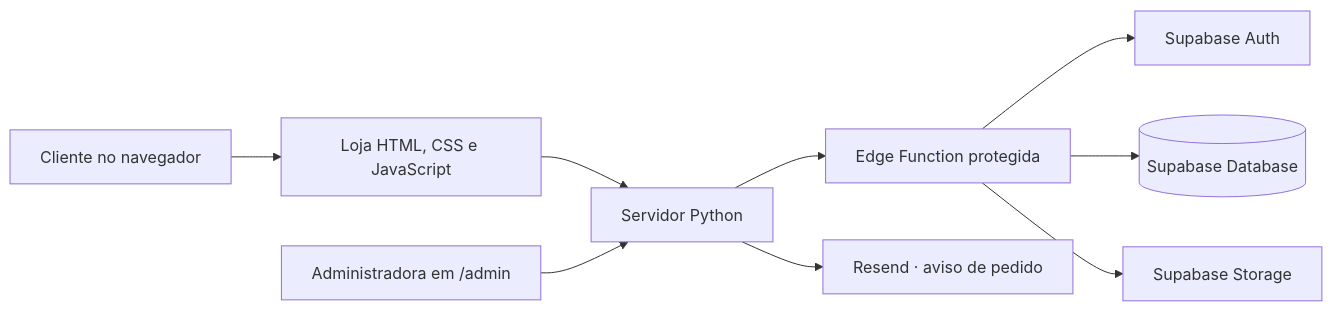
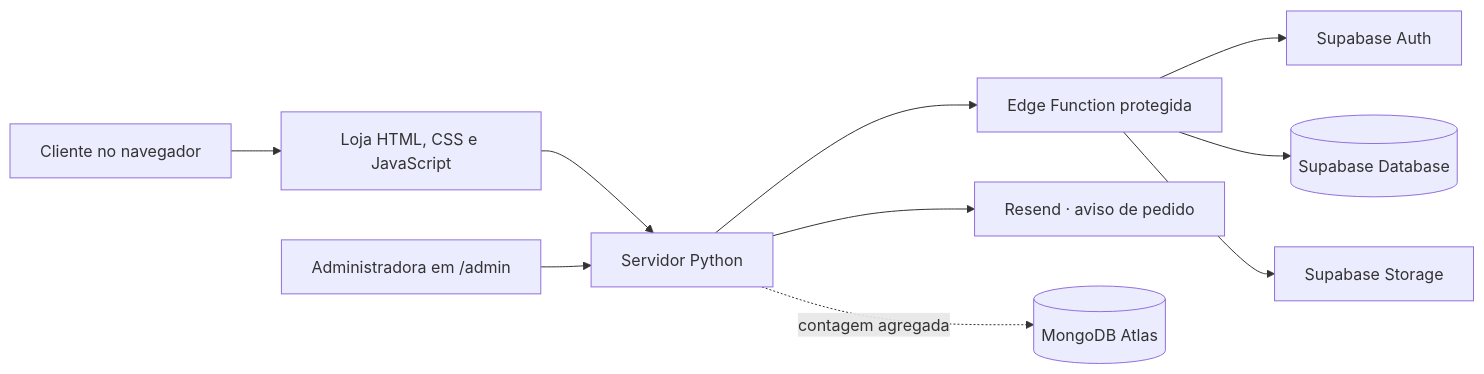
One commit to guilhermeestrela10/estrela-concept changed the diagram in README.md. Above: the diagram before and after it, drawn with Mermaid. The commit also changed other lines of this file and 9 other files, not shown here.

````diff
--- a/README.md
+++ b/README.md
@@ -53,11 +54,12 @@
 ```mermaid
 flowchart LR
   Cliente[Cliente no navegador] --> Loja[Loja HTML, CSS e JavaScript]
   Loja --> Servidor[Servidor Python]
   Servidor --> API[Edge Function protegida]
   API --> Auth[Supabase Auth]
   API --> Banco[(Supabase Database)]
   API --> Fotos[Supabase Storage]
   Servidor --> Resend[Resend · aviso de pedido]
+  Servidor -. contagem agregada .-> MongoDB[(MongoDB Atlas)]
   Admin[Administradora em /admin] --> Servidor
 ```
````
